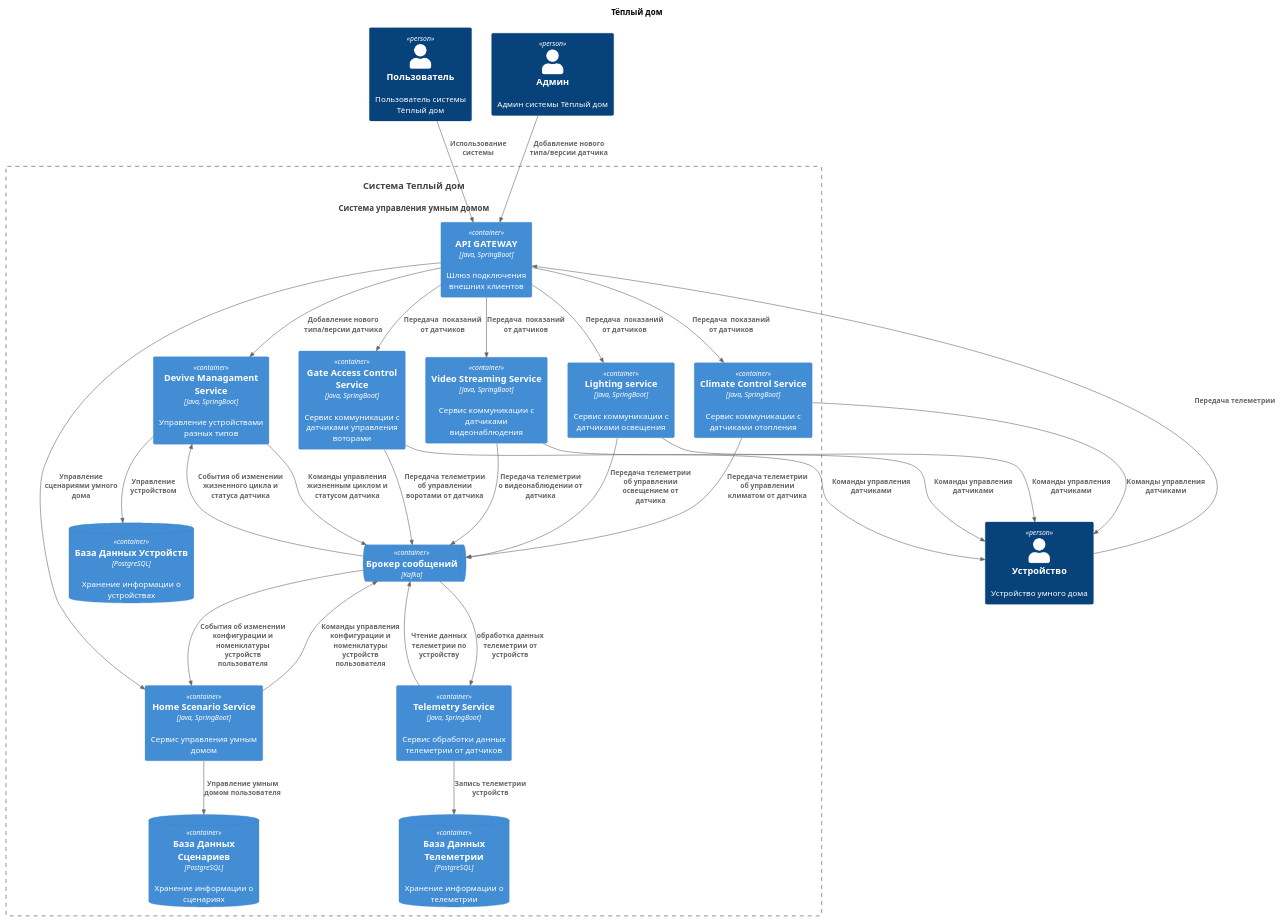
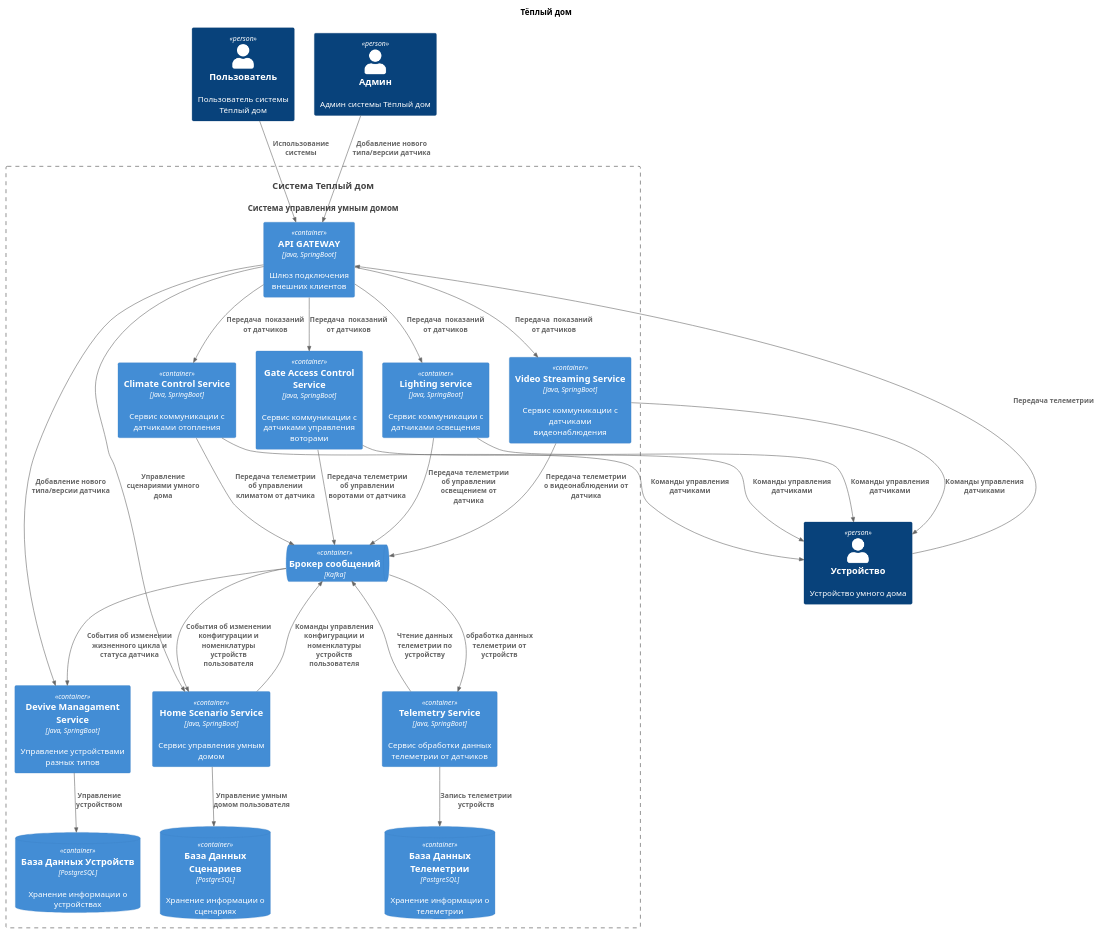
The diagram in schemas/container/Container.puml (romaqwerty/architecture-warmhouse), drawn with PlantUML before and after one commit. The commit also changed 7 other files, not shown here.

Commit message:
Добавление диаграмм сервисов

```diff
--- a/schemas/container/Container.puml
+++ b/schemas/container/Container.puml
@@ -1,58 +1,57 @@
 @startuml
 title Тёплый дом
 
 top to bottom direction
 
 !includeurl https://raw.githubusercontent.com/RicardoNiepel/C4-PlantUML/master/C4_Component.puml
 
 Person(user, "Пользователь", "Пользователь системы Тёплый дом")
 Person(admin, "Админ", "Админ системы Тёплый дом")
 
 Person(device, "Устройство", "Устройство умного дома")
 System(WarmHouse, "Система Теплый дом", "Система управления умным домом")
 
 Container_Boundary(WarmHouse, "Система Теплый дом") {
   Container(APIController, "API GATEWAY", "Java, SpringBoot", "Шлюз подключения внешних клиентов")
 
   Container(DeviceController, "Devive Managament Service", "Java, SpringBoot", "Управление устройствами разных типов")
   Container(СlimateService, "Сlimate Сontrol Service", "Java, SpringBoot", "Сервис коммуникации с датчиками отопления")
   Container(LightingService, "Lighting service", "Java, SpringBoot", "Сервис коммуникации с датчиками освещения")
   Container(GateAccessControlService, "Gate Access Control Service", "Java, SpringBoot", "Сервис коммуникации с датчиками управления воторами")
   Container(VideoStreamingService, "Video Streaming Service", "Java, SpringBoot", "Сервис коммуникации с датчиками видеонаблюдения")
   Container(TelemetryService, "Telemetry Service", "Java, SpringBoot", "Сервис обработки данных телеметрии от датчиков")
   Container(HomeScenarioService, "Home Scenario Service", "Java, SpringBoot", "Сервис управления умным домом")
 
   ContainerDb(DeviceDatabase, "База Данных Устройств", "PostgreSQL", "Хранение информации о устройствах")
   ContainerDb(TelemetryDatabase, "База Данных Телеметрии", "PostgreSQL", "Хранение информации о телеметрии")
   ContainerDb(ScenarioDatabase, "База Данных Сценариев", "PostgreSQL", "Хранение информации о сценариях")
 
   ContainerQueue(Broker, "Брокер сообщений", "Kafka")
 
 }
 Rel(user, APIController, "Использование системы")
 Rel(admin, APIController, "Добавление нового типа/версии датчика")
 Rel(device, APIController, "Передача телеметрии")
 Rel(APIController, HomeScenarioService, "Управление сценариями умного дома")
 Rel(APIController, DeviceController, "Добавление нового типа/версии датчика")
 Rel(APIController, GateAccessControlService, "Передача  показаний от датчиков")
 Rel(APIController, LightingService, "Передача  показаний от датчиков")
 Rel(APIController, СlimateService, "Передача  показаний от датчиков")
 Rel(APIController, VideoStreamingService, "Передача  показаний от датчиков")
-Rel(DeviceController, Broker, "Команды управления жизненным циклом и статусом датчика")
 Rel(Broker, DeviceController, "События об изменении жизненного цикла и статуса датчика")
 Rel(HomeScenarioService, Broker,"Команды управления конфигурации и номенклатуры устройств пользователя")
 Rel(Broker, HomeScenarioService,"События об изменении конфигурации и номенклатуры устройств пользователя")
 Rel(СlimateService, Broker, "Передача телеметрии об управлении климатом от датчика")
 Rel(LightingService, Broker, "Передача телеметрии об управлении освещением от датчика")
 Rel(GateAccessControlService, Broker, "Передача телеметрии об управлении воротами от датчика")
 Rel(VideoStreamingService, Broker,"Передача телеметрии о видеонаблюдении от датчика")
 Rel(СlimateService, device, "Команды управления датчиками")
 Rel(LightingService, device, "Команды управления датчиками")
 Rel(GateAccessControlService, device, "Команды управления датчиками")
 Rel(VideoStreamingService, device,"Команды управления датчиками")
 Rel(Broker,TelemetryService,"обработка данных телеметрии от устройств")
 Rel(TelemetryService,Broker,"Чтение данных телеметрии по устройству")
 Rel(DeviceController,DeviceDatabase,"Управление устройством")
 Rel(HomeScenarioService,ScenarioDatabase,"Управление умным домом пользователя")
 Rel(TelemetryService,TelemetryDatabase,"Запись телеметрии устройств")
 @enduml
```
